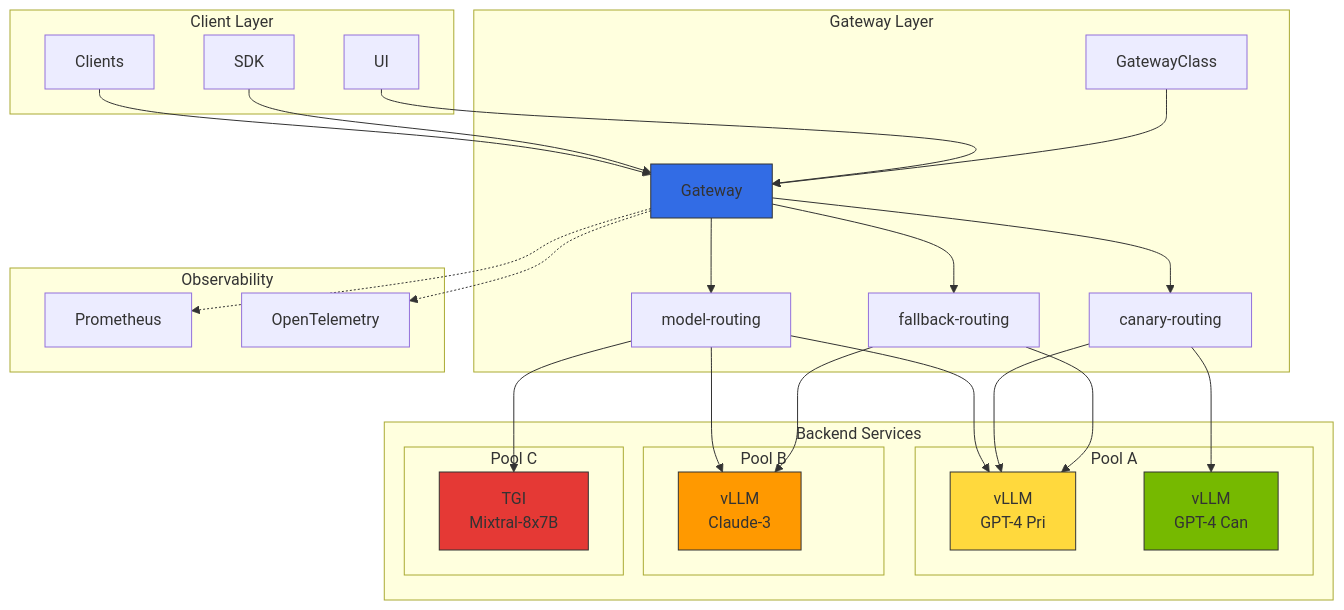
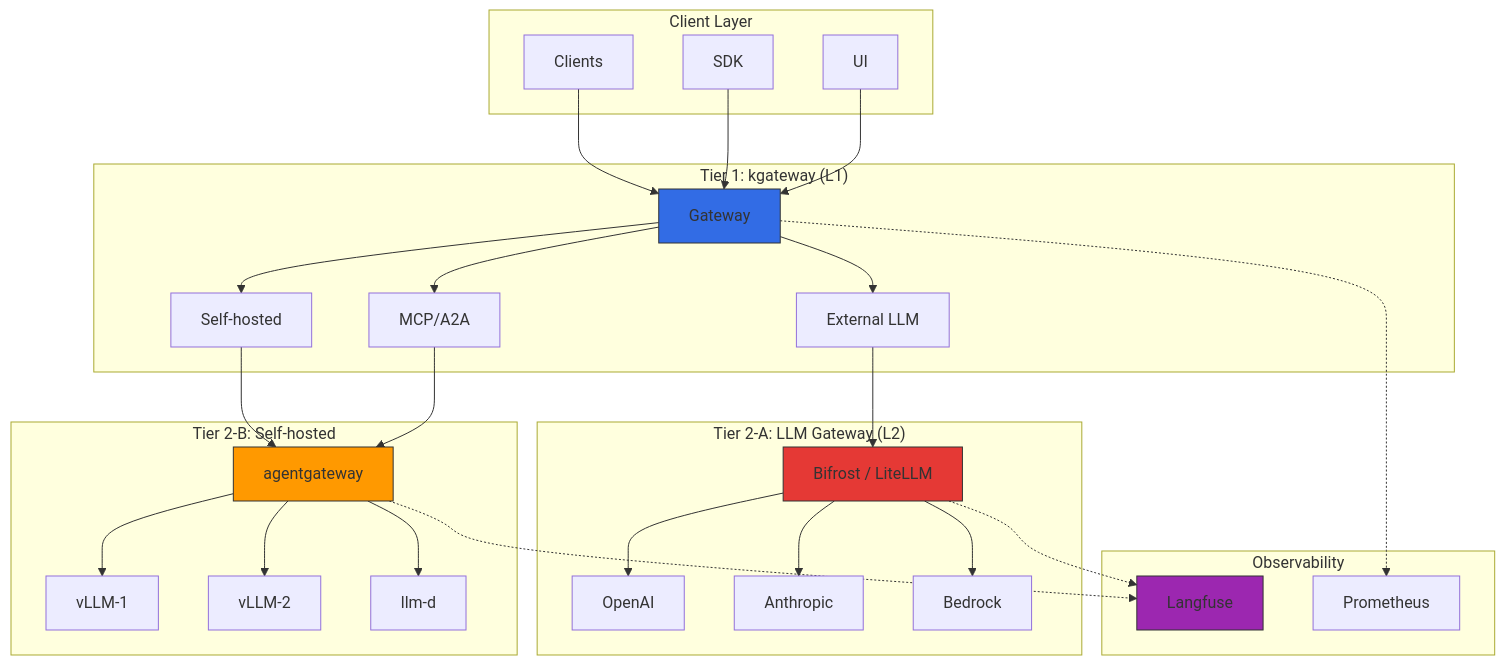
Before and after one commit to devfloor9/engineering-playbook: the first of 5 diagrams in docs/agentic-ai-platform/gateway-agents/inference-gateway-routing.md, drawn with Mermaid. The commit also changed other lines of this file and 3 other files, not shown here.

````diff
--- a/docs/agentic-ai-platform/gateway-agents/inference-gateway-routing.md
+++ b/docs/agentic-ai-platform/gateway-agents/inference-gateway-routing.md
@@ -34,52 +39,53 @@
 ```mermaid
 flowchart TB
     subgraph CL["Client Layer"]
         CLIENT[Clients]
         SDK[SDK]
         UI[UI]
     end
 
-    subgraph GTW["Gateway Layer"]
-        GC[GatewayClass]
-        GW[Gateway]
-        HR1[model-routing]
-        HR2[canary-routing]
-        HR3[fallback-routing]
+    subgraph T1["Tier 1: kgateway (L1)"]
+        GW1[Gateway]
+        HR1[External LLM]
+        HR2[Self-hosted]
+        HR3[MCP/A2A]
     end
 
-    subgraph BE["Backend Services"]
-        subgraph PA["Pool A"]
-            V1[vLLM<br/>GPT-4 Pri]
-            V2[vLLM<br/>GPT-4 Can]
-        end
+    subgraph T2A["Tier 2-A: LLM Gateway (L2)"]
+        BIFROST[Bifrost / LiteLLM]
+        OPENAI[OpenAI]
+        ANTHROPIC[Anthropic]
+        BEDROCK[Bedrock]
+    end
 
-        subgraph PB["Pool B"]
-            V3[vLLM<br/>Claude-3]
-        end
-
-        subgraph PC["Pool C"]
-            T1[TGI<br/>Mixtral-8x7B]
-        end
+    subgraph T2B["Tier 2-B: Self-hosted"]
+        AGENTGW[agentgateway]
+        VLLM1[vLLM-1]
+        VLLM2[vLLM-2]
+        LLMD[llm-d]
     end
 
     subgraph OBS["Observability"]
-        M[Prometheus]
-        T[OpenTelemetry]
+        LANGFUSE[Langfuse]
+        PROM[Prometheus]
     end
 
-    CLIENT & SDK & UI --> GW
-    GC --> GW
-    GW --> HR1 & HR2 & HR3
+    CLIENT & SDK & UI --> GW1
+    GW1 --> HR1 & HR2 & HR3
 
-    HR1 --> V1 & V3 & T1
-    HR2 --> V1 & V2
-    HR3 --> V1 & V3
+    HR1 --> BIFROST
+    BIFROST --> OPENAI & ANTHROPIC & BEDROCK
 
-    GW -.-> M & T
+    HR2 --> AGENTGW
+    AGENTGW --> VLLM1 & VLLM2 & LLMD
 
-    style GW fill:#326ce5,stroke:#333
-    style V1 fill:#ffd93d,stroke:#333
-    style V2 fill:#76b900,stroke:#333
-    style V3 fill:#ff9900,stroke:#333
-    style T1 fill:#e53935,stroke:#333
+    HR3 --> AGENTGW
+
+    BIFROST & AGENTGW -.-> LANGFUSE
+    GW1 -.-> PROM
+
+    style GW1 fill:#326ce5,stroke:#333
+    style BIFROST fill:#e53935,stroke:#333
+    style AGENTGW fill:#ff9900,stroke:#333
+    style LANGFUSE fill:#9c27b0,stroke:#333
 ```
````
